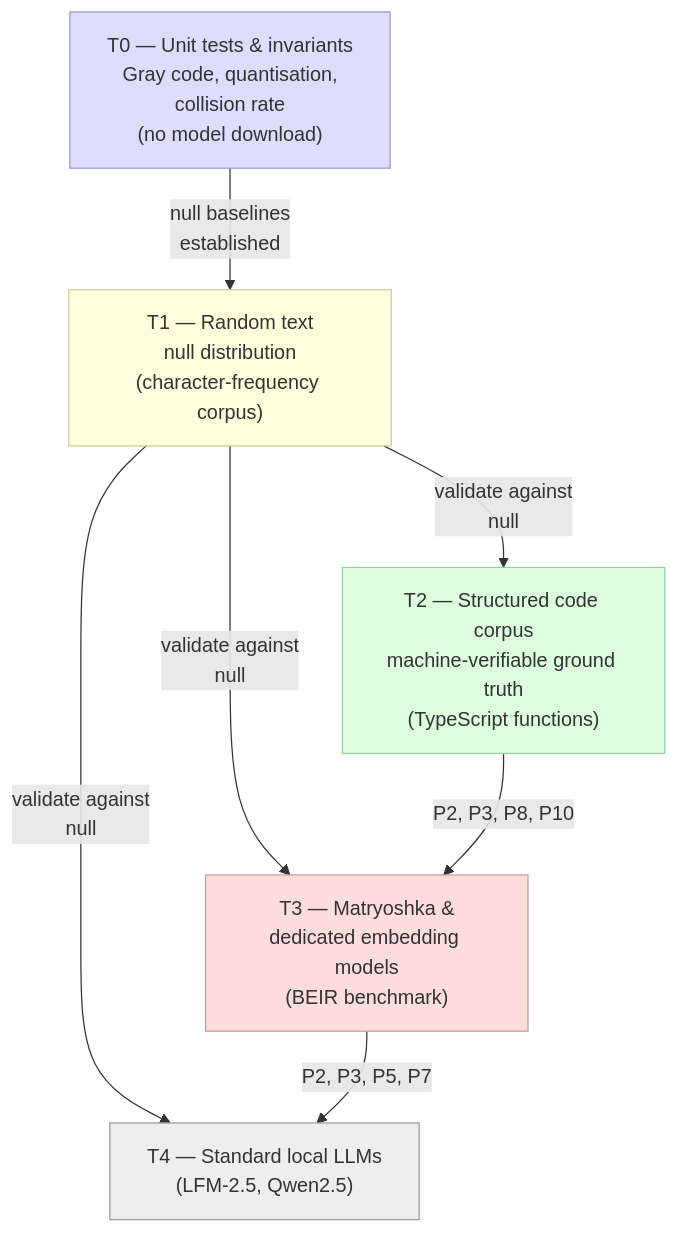
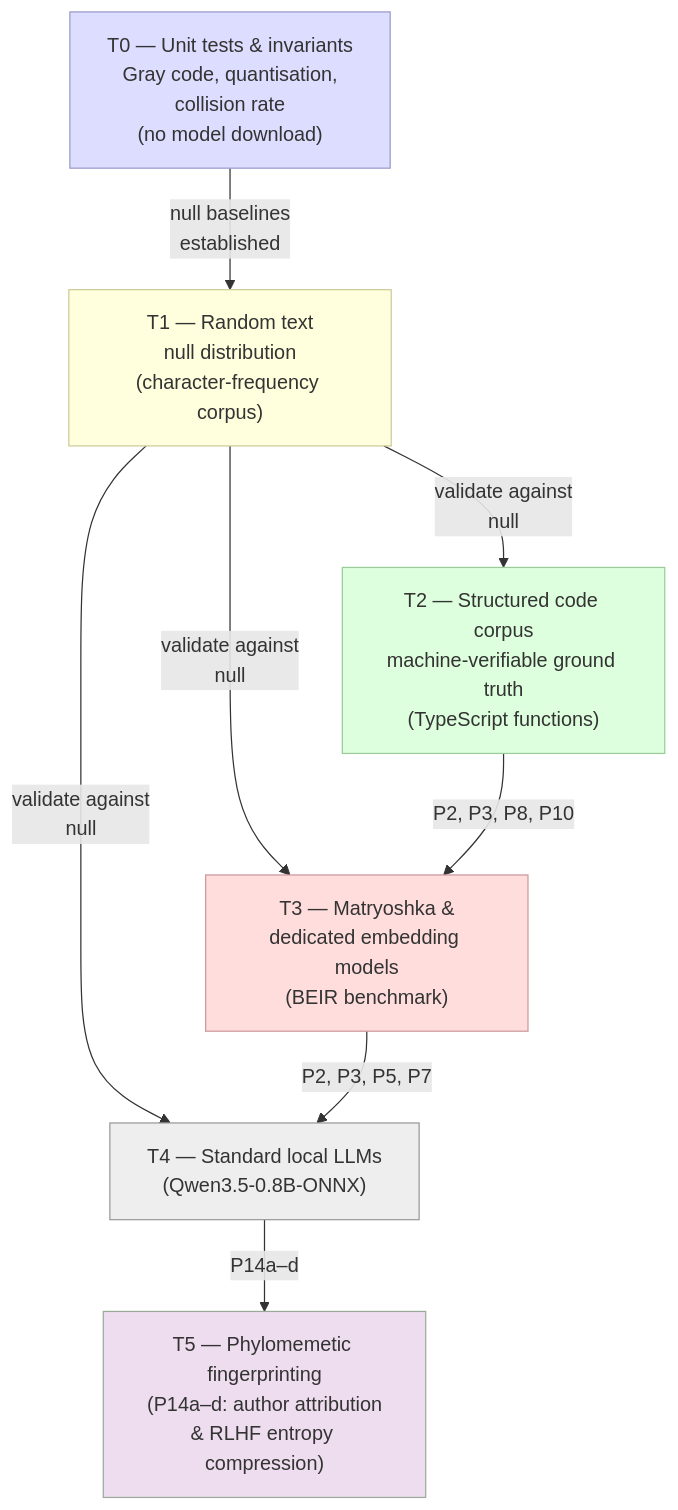
Before and after one commit to devlux76/q2: the diagram in TESTING.md, drawn with Mermaid. The commit also changed other lines of this file and 5 other files, not shown here.

Commit message:
feat: update default models to Qwen3.5-0.8B-ONNX, add T5 P14 benchmarks, fix settings issues

````diff
--- a/TESTING.md
+++ b/TESTING.md
@@ -43,21 +44,24 @@
 ```mermaid
 flowchart TD
     T0["T0 — Unit tests & invariants\nGray code, quantisation,\ncollision rate\n(no model download)"]
     T1["T1 — Random text\nnull distribution\n(character-frequency corpus)"]
     T2["T2 — Structured code corpus\nmachine-verifiable ground truth\n(TypeScript functions)"]
     T3["T3 — Matryoshka &\ndedicated embedding models\n(BEIR benchmark)"]
-    T4["T4 — Standard local LLMs\n(LFM-2.5, Qwen2.5)"]
+    T4["T4 — Standard local LLMs\n(Qwen3.5-0.8B-ONNX)"]
+    T5["T5 — Phylomemetic fingerprinting\n(P14a–d: author attribution\n& RLHF entropy compression)"]
 
     T0 -->|"null baselines\nestablished"| T1
     T1 -->|"validate against\nnull"| T2
     T1 -->|"validate against\nnull"| T3
     T1 -->|"validate against\nnull"| T4
     T2 -->|"P2, P3, P8, P10"| T3
     T3 -->|"P2, P3, P5, P7"| T4
+    T4 -->|"P14a–d"| T5
 
     style T0 fill:#ddf,stroke:#99c
     style T1 fill:#ffd,stroke:#cc9
     style T2 fill:#dfd,stroke:#9c9
     style T3 fill:#fdd,stroke:#c99
     style T4 fill:#eee,stroke:#999
+    style T5 fill:#ede,stroke:#9a9
 ```
````
